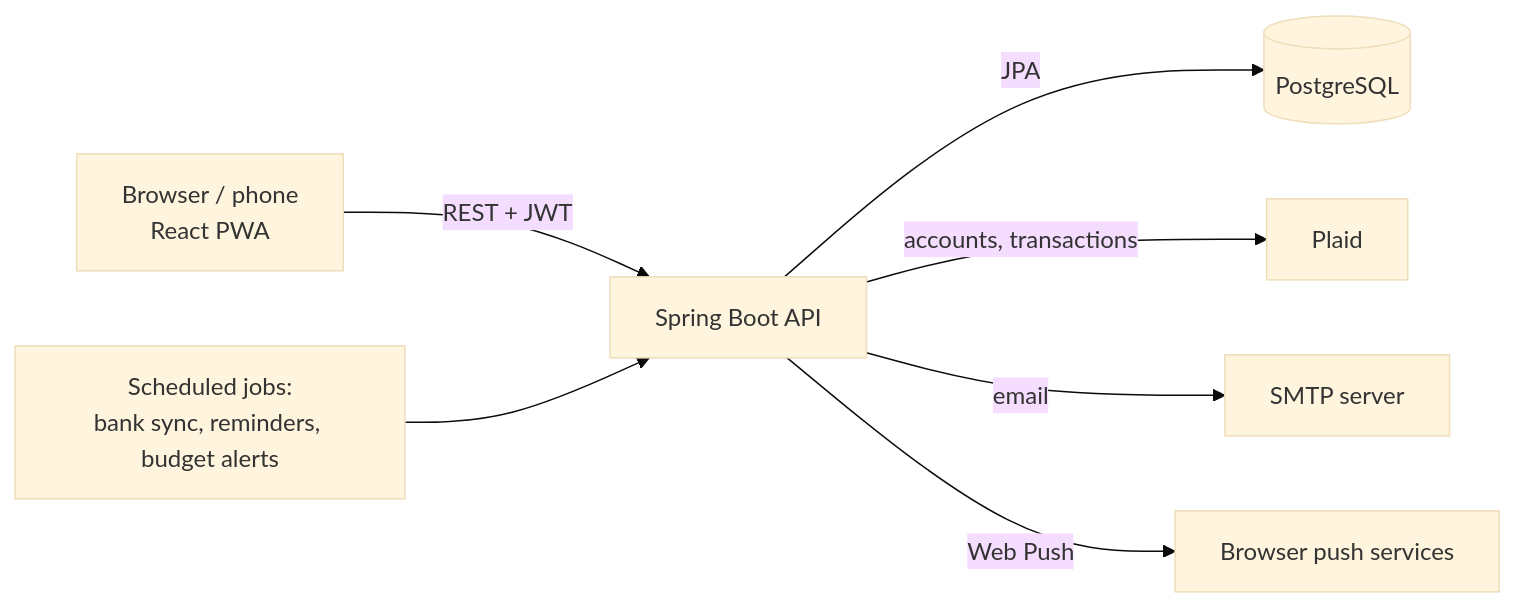
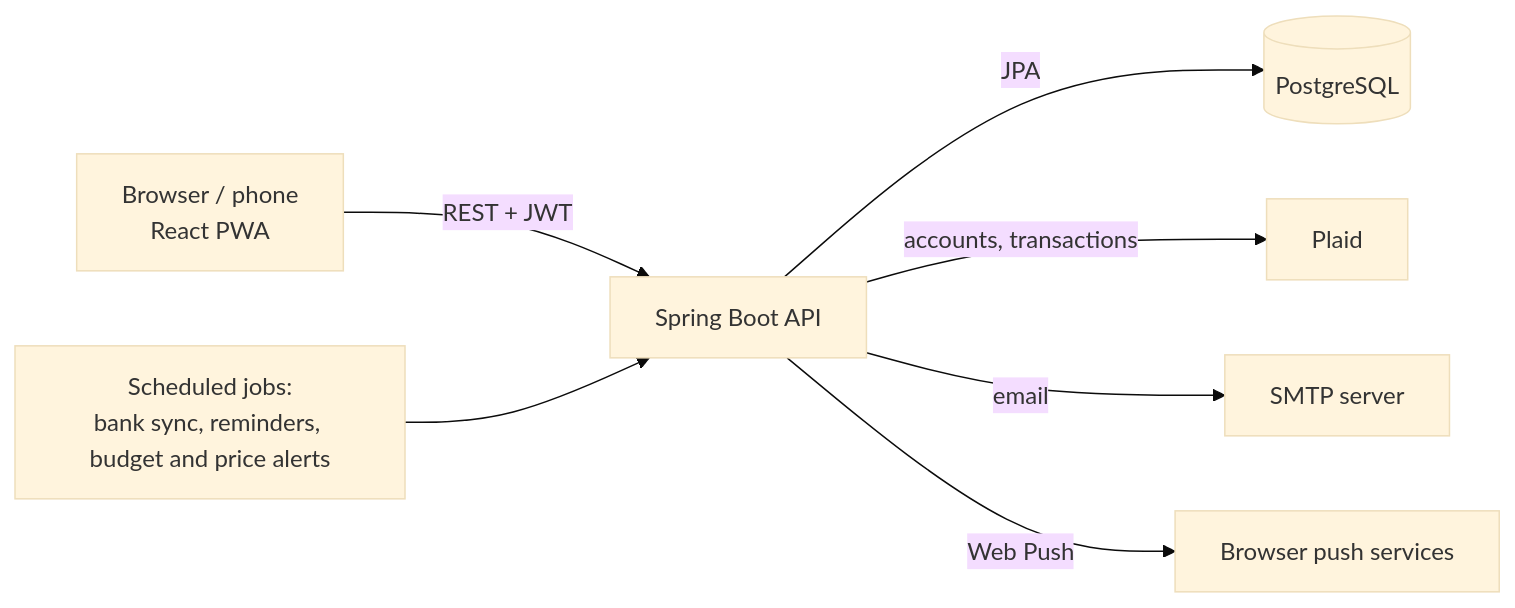
One commit to samaunmahmud/CashMatrix changed the diagram in README.md. Above: the diagram before and after it, drawn with Mermaid (base theme). The commit also changed other lines of this file and 24 other files, not shown here.

````diff
--- a/README.md
+++ b/README.md
@@ -100,9 +103,9 @@
 ```mermaid
 flowchart LR
     U[Browser / phone<br>React PWA] -- REST + JWT --> API[Spring Boot API]
     API -- JPA --> DB[(PostgreSQL)]
     API -- accounts, transactions --> P[Plaid]
     API -- email --> SMTP[SMTP server]
     API -- Web Push --> WP[Browser push services]
-    S[Scheduled jobs:<br>bank sync, reminders, budget alerts] --> API
+    S[Scheduled jobs:<br>bank sync, reminders, budget and price alerts] --> API
 ```
````
